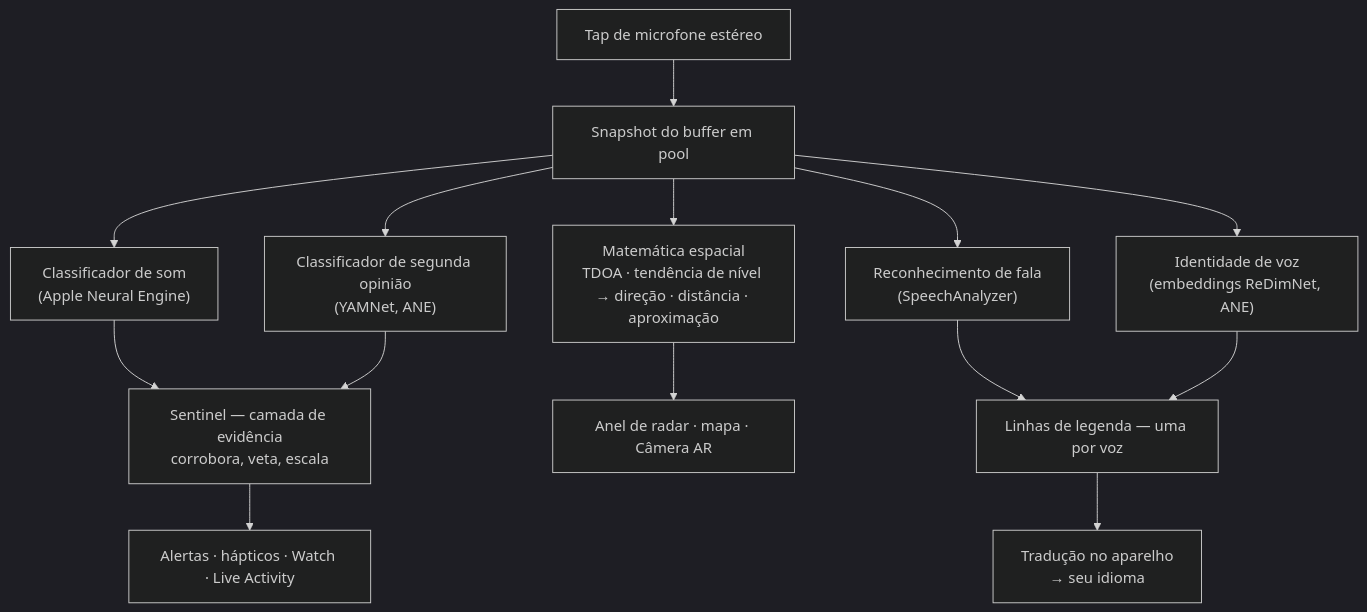
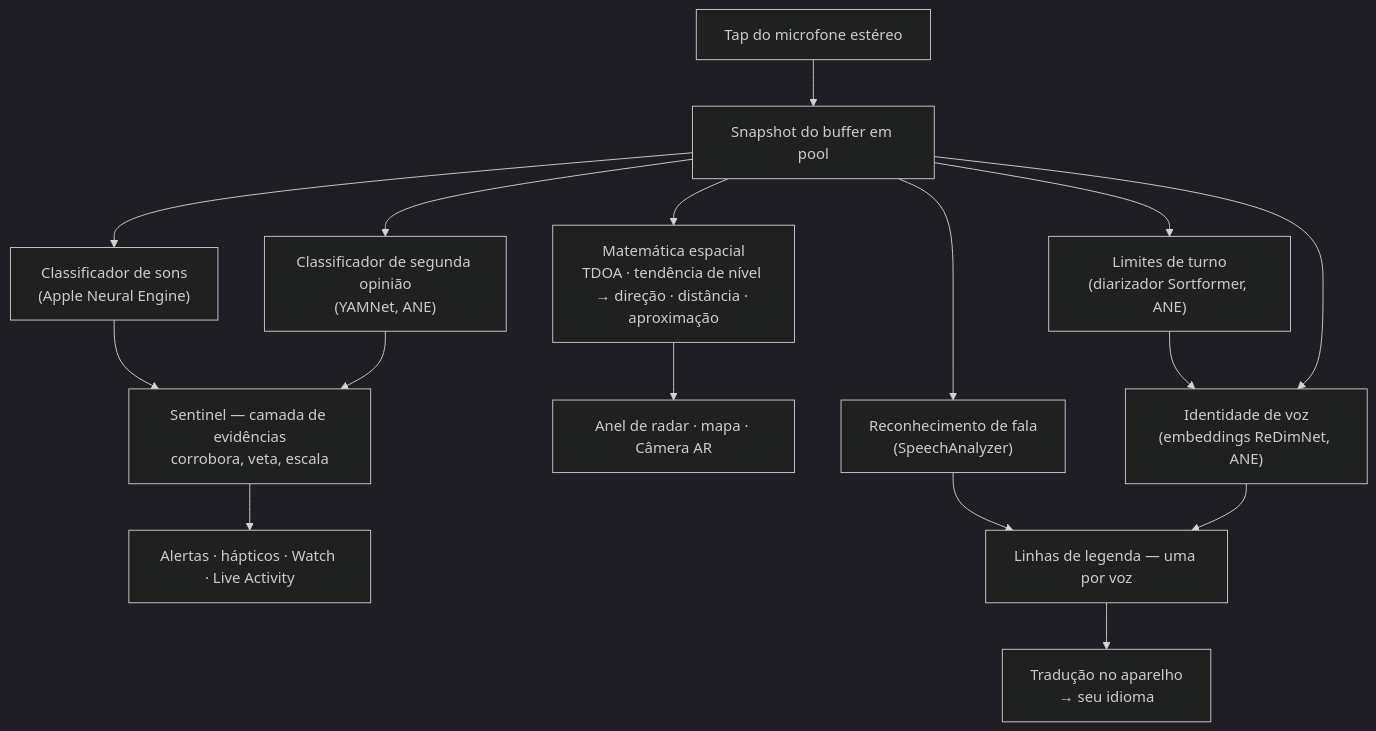
One commit to rpalm01-star/VigilantEarLegal changed the second of 4 diagrams in README_pt-BR.md. Above: the diagram before and after it, drawn with Mermaid (dark theme). The commit also changed other lines of this file and 29 other files, not shown here.

````diff
--- a/README_pt-BR.md
+++ b/README_pt-BR.md
@@ -128,16 +134,18 @@
 ```mermaid
 graph TD
-    A["Tap de microfone estéreo"] --> B["Snapshot do buffer em pool"]
-    B --> C["Classificador de som<br/>(Apple Neural Engine)"]
+    A["Tap do microfone estéreo"] --> B["Snapshot do buffer em pool"]
+    B --> C["Classificador de sons<br/>(Apple Neural Engine)"]
     B --> Y["Classificador de segunda opinião<br/>(YAMNet, ANE)"]
-    C --> S["Sentinel — camada de evidência<br/>corrobora, veta, escala"]
+    C --> S["Sentinel — camada de evidências<br/>corrobora, veta, escala"]
     Y --> S
     S --> H["Alertas · hápticos · Watch · Live Activity"]
     B --> D["Matemática espacial<br/>TDOA · tendência de nível → direção · distância · aproximação"]
     D --> R["Anel de radar · mapa · Câmera AR"]
     B --> F["Reconhecimento de fala<br/>(SpeechAnalyzer)"]
-    B --> E["Identidade de voz<br/>(embeddings ReDimNet, ANE)"]
+    B --> N["Limites de turno<br/>(diarizador Sortformer, ANE)"]
+    N --> E["Identidade de voz<br/>(embeddings ReDimNet, ANE)"]
+    B --> E
     F --> G["Linhas de legenda — uma por voz"]
     E --> G
     G --> T["Tradução no aparelho<br/>→ seu idioma"]
 ```
````
